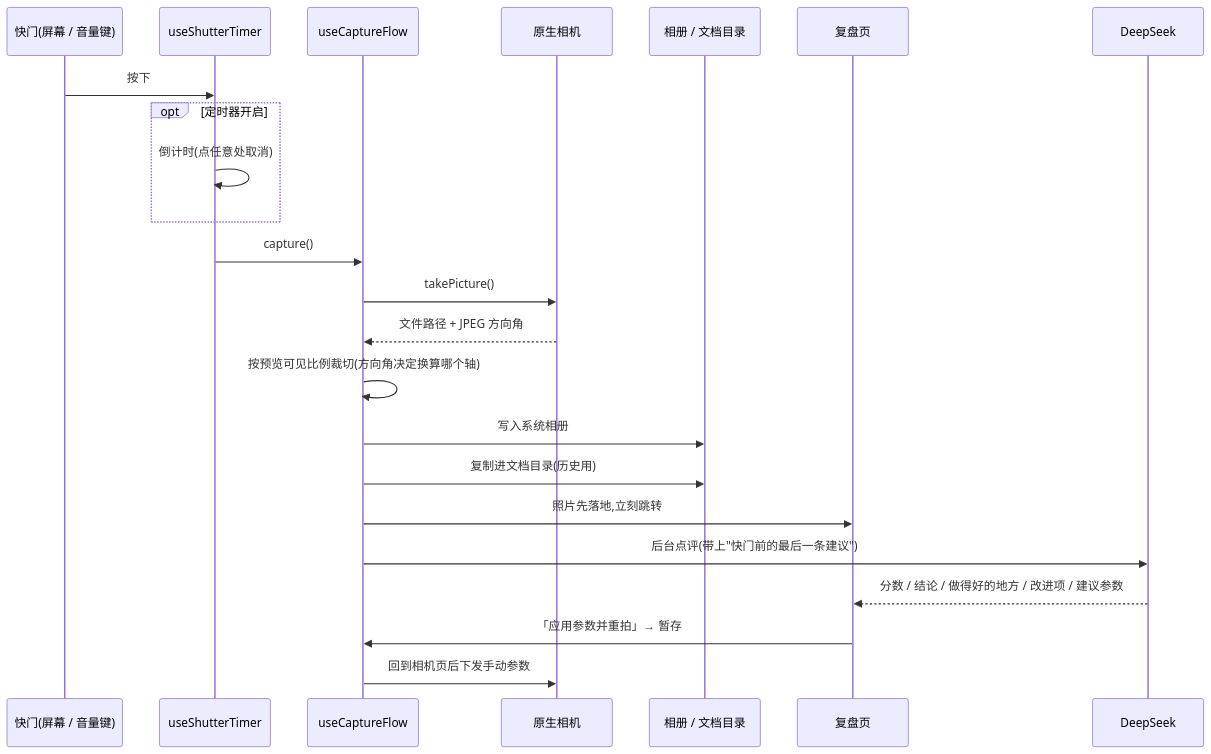
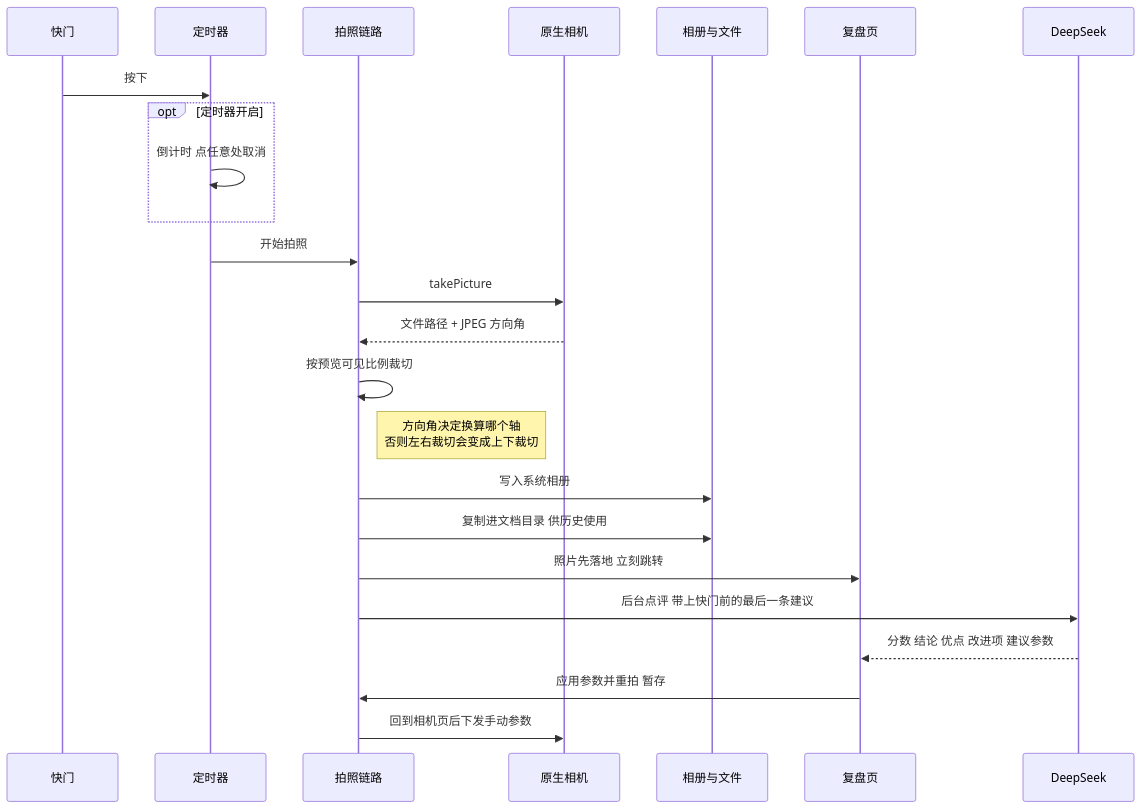
Before and after one commit to summerfallenleaves/ai-guide-photo: the third of 3 diagrams in docs/ARCHITECTURE.md, drawn with Mermaid. The commit also changed other lines of this file, not shown here.

Commit message:
docs: 架构图改回 Mermaid 并简化为保守语法(去掉 subgraph 与标签内特殊字符)

````diff
--- a/docs/ARCHITECTURE.md
+++ b/docs/ARCHITECTURE.md
@@ -104,26 +82,27 @@
 ```mermaid
 sequenceDiagram
-  participant S as 快门(屏幕 / 音量键)
-  participant Tm as useShutterTimer
-  participant C as useCaptureFlow
-  participant N as 原生相机
-  participant F as 相册 / 文档目录
-  participant R as 复盘页
-  participant D as DeepSeek
+    participant S as 快门
+    participant Tm as 定时器
+    participant Cp as 拍照链路
+    participant N as 原生相机
+    participant F as 相册与文件
+    participant R as 复盘页
+    participant D as DeepSeek
 
-  S->>Tm: 按下
-  opt 定时器开启
-    Tm->>Tm: 倒计时(点任意处取消)
-  end
-  Tm->>C: capture()
-  C->>N: takePicture()
-  N-->>C: 文件路径 + JPEG 方向角
-  C->>C: 按预览可见比例裁切(方向角决定换算哪个轴)
-  C->>F: 写入系统相册
-  C->>F: 复制进文档目录(历史用)
-  C->>R: 照片先落地,立刻跳转
-  C->>D: 后台点评(带上"快门前的最后一条建议")
-  D-->>R: 分数 / 结论 / 做得好的地方 / 改进项 / 建议参数
-  R->>C: 「应用参数并重拍」→ 暂存
-  C->>N: 回到相机页后下发手动参数
+    S->>Tm: 按下
+    opt 定时器开启
+        Tm->>Tm: 倒计时 点任意处取消
+    end
+    Tm->>Cp: 开始拍照
+    Cp->>N: takePicture
+    N-->>Cp: 文件路径 + JPEG 方向角
+    Cp->>Cp: 按预览可见比例裁切
+    Note right of Cp: 方向角决定换算哪个轴<br/>否则左右裁切会变成上下裁切
+    Cp->>F: 写入系统相册
+    Cp->>F: 复制进文档目录 供历史使用
+    Cp->>R: 照片先落地 立刻跳转
+    Cp->>D: 后台点评 带上快门前的最后一条建议
+    D-->>R: 分数 结论 优点 改进项 建议参数
+    R->>Cp: 应用参数并重拍 暂存
+    Cp->>N: 回到相机页后下发手动参数
 ```
````
